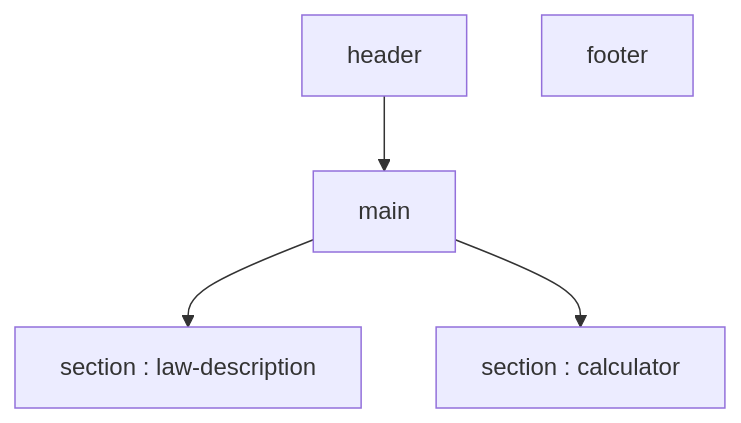
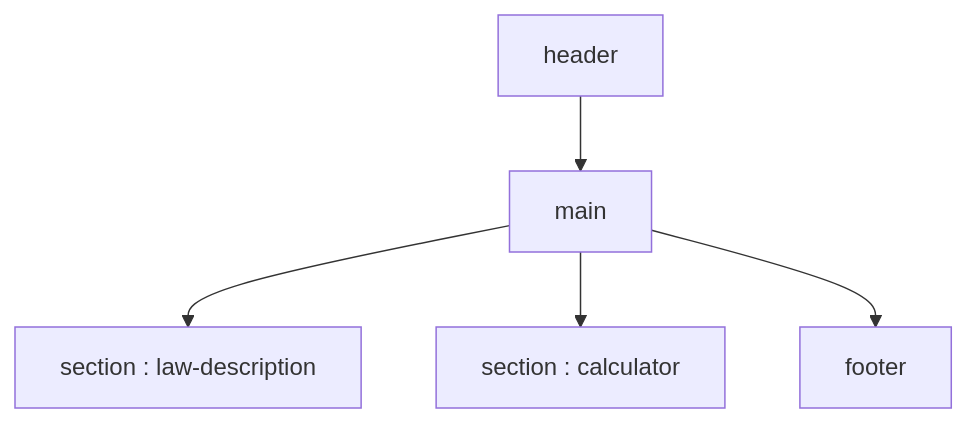
Before and after one commit to DongmyeongBack/10thousandPage: the first of 2 diagrams in README.md, drawn with Mermaid.

Commit message:
머메이드 수정

````diff
--- a/README.md
+++ b/README.md
@@ -115,7 +115,7 @@
 ```mermaid
 flowchart TD
     header --> main
     main --> section_law[section : law-description]
     main --> section_calc[section : calculator]
-    footer
+    main --> footer
 ``` 
````
